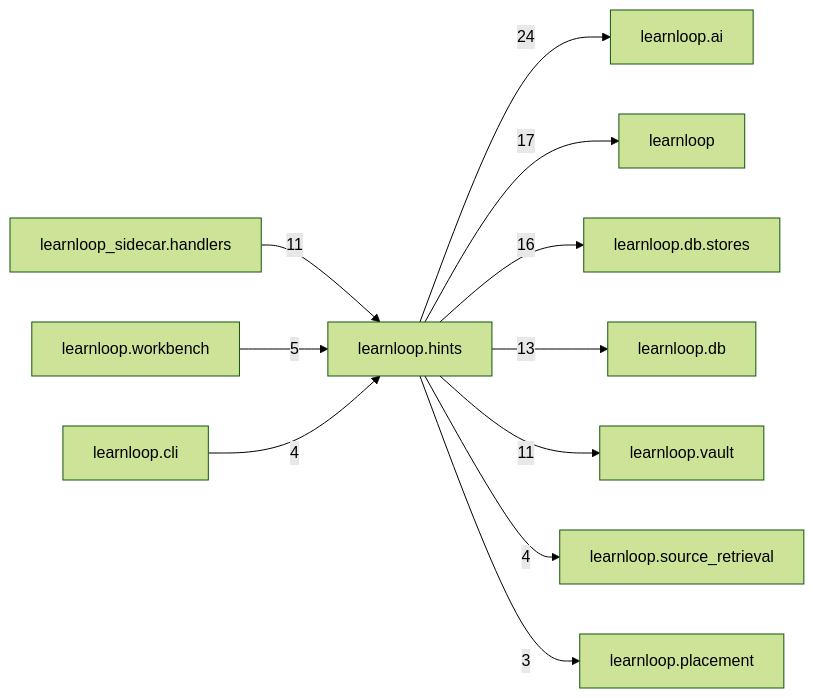
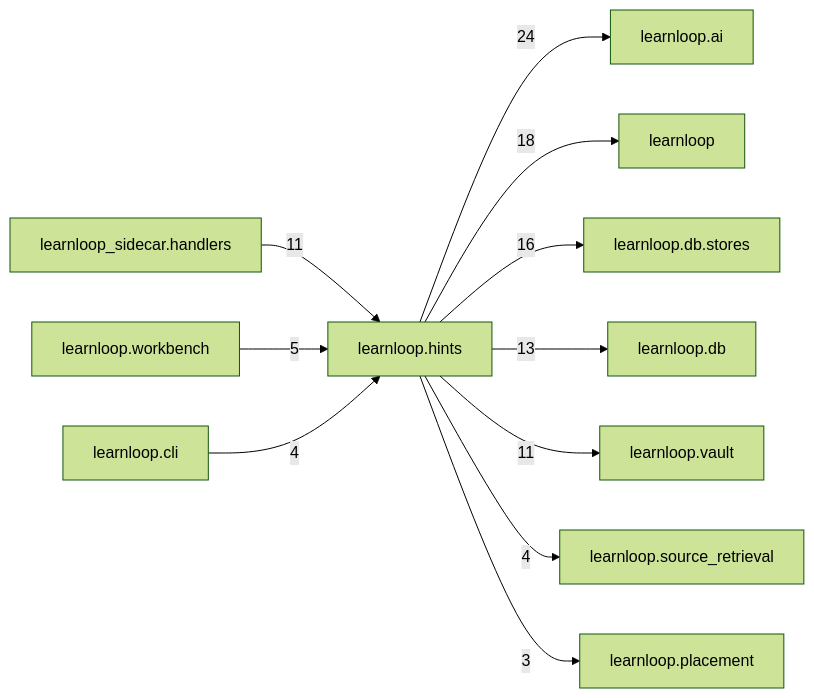
The diagram in docs/learnloop-architecture-vault/Reference/Modules/learnloop/hints/_package.md (6up-b/learnanything), drawn with Mermaid (forest theme) before and after one commit. The commit also changed other lines of this file and 37 other files, not shown here.

````diff
--- a/docs/learnloop-architecture-vault/Reference/Modules/learnloop/hints/_package.md
+++ b/docs/learnloop-architecture-vault/Reference/Modules/learnloop/hints/_package.md
@@ -112,24 +112,24 @@
 ```mermaid
 flowchart LR
     center["learnloop.hints"]
     n_learnloop_ai["learnloop.ai"]
     n_learnloop["learnloop"]
     n_learnloop_db_stores["learnloop.db.stores"]
     n_learnloop_db["learnloop.db"]
     n_learnloop_vault["learnloop.vault"]
     n_learnloop_sidecar_handlers["learnloop_sidecar.handlers"]
     n_learnloop_workbench["learnloop.workbench"]
     n_learnloop_cli["learnloop.cli"]
     n_learnloop_source_retrieval["learnloop.source_retrieval"]
     n_learnloop_placement["learnloop.placement"]
     center -->|24| n_learnloop_ai
-    center -->|17| n_learnloop
+    center -->|18| n_learnloop
     center -->|16| n_learnloop_db_stores
     center -->|13| n_learnloop_db
     center -->|11| n_learnloop_vault
     n_learnloop_sidecar_handlers -->|11| center
     n_learnloop_workbench -->|5| center
     n_learnloop_cli -->|4| center
     center -->|4| n_learnloop_source_retrieval
     center -->|3| n_learnloop_placement
 ```
````
